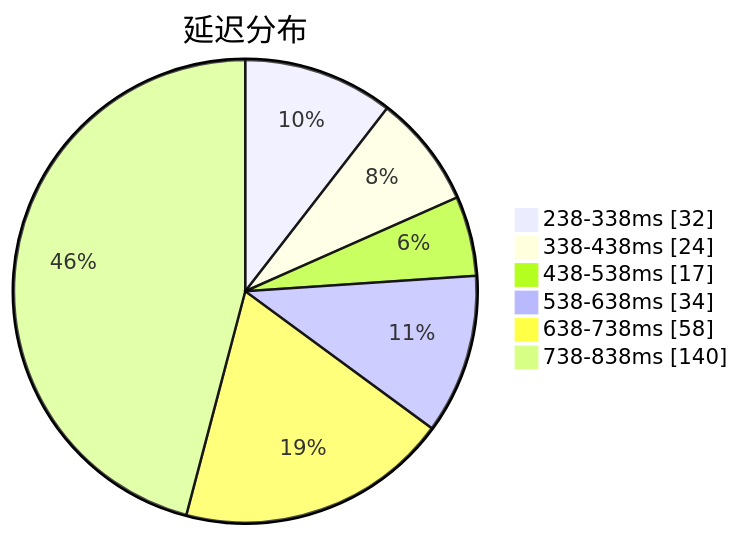
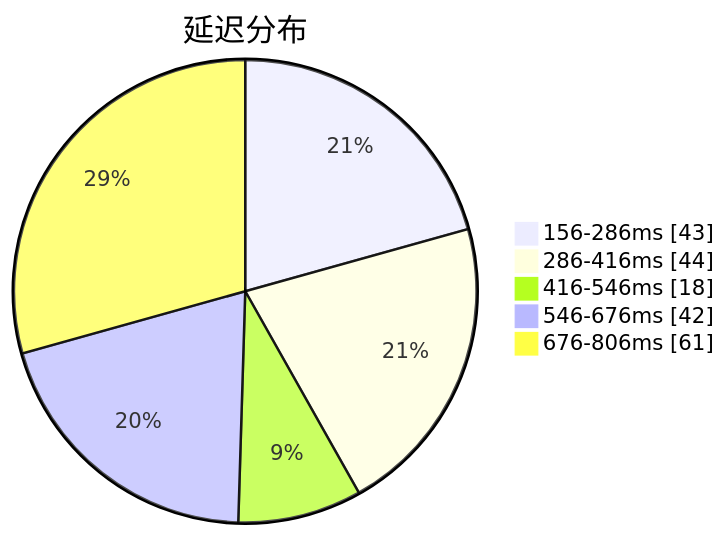
The first of 3 diagrams in subs/statistics/tested_within.md (qjlxg/airport), drawn with Mermaid before and after one commit. The commit also changed other lines of this file and 2 other files, not shown here.

````diff
--- a/subs/statistics/tested_within.md
+++ b/subs/statistics/tested_within.md
@@ -2,10 +2,9 @@
 ```mermaid
 pie showData
 title 延迟分布
-"238-338ms" : 32
-"338-438ms" : 24
-"438-538ms" : 17
-"538-638ms" : 34
-"638-738ms" : 58
-"738-838ms" : 140
+"156-286ms" : 43
+"286-416ms" : 44
+"416-546ms" : 18
+"546-676ms" : 42
+"676-806ms" : 61
 ```
````
